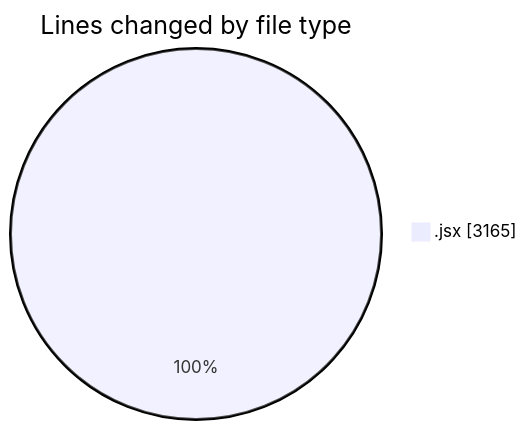
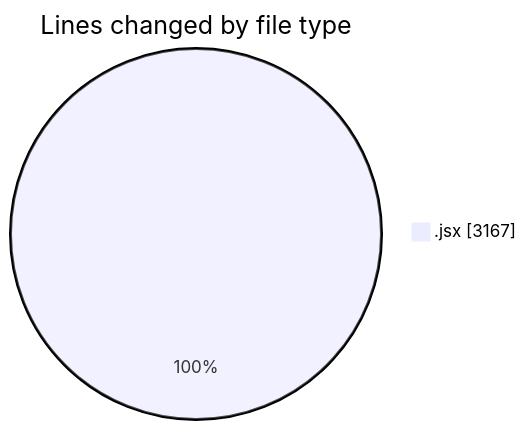
The first of 2 diagrams in 2026-01-13/nxtqube_webapp/README.md (nxtqubesakshisongat/code-tracking), drawn with Mermaid before and after one commit. The commit also changed other lines of this file and 1 other file, not shown here.

````diff
--- a/2026-01-13/nxtqube_webapp/README.md
+++ b/2026-01-13/nxtqube_webapp/README.md
@@ -22,5 +22,5 @@
 ```mermaid
 pie showData
 title Lines changed by file type
-".jsx" : 3165
+".jsx" : 3167
 ```
````
